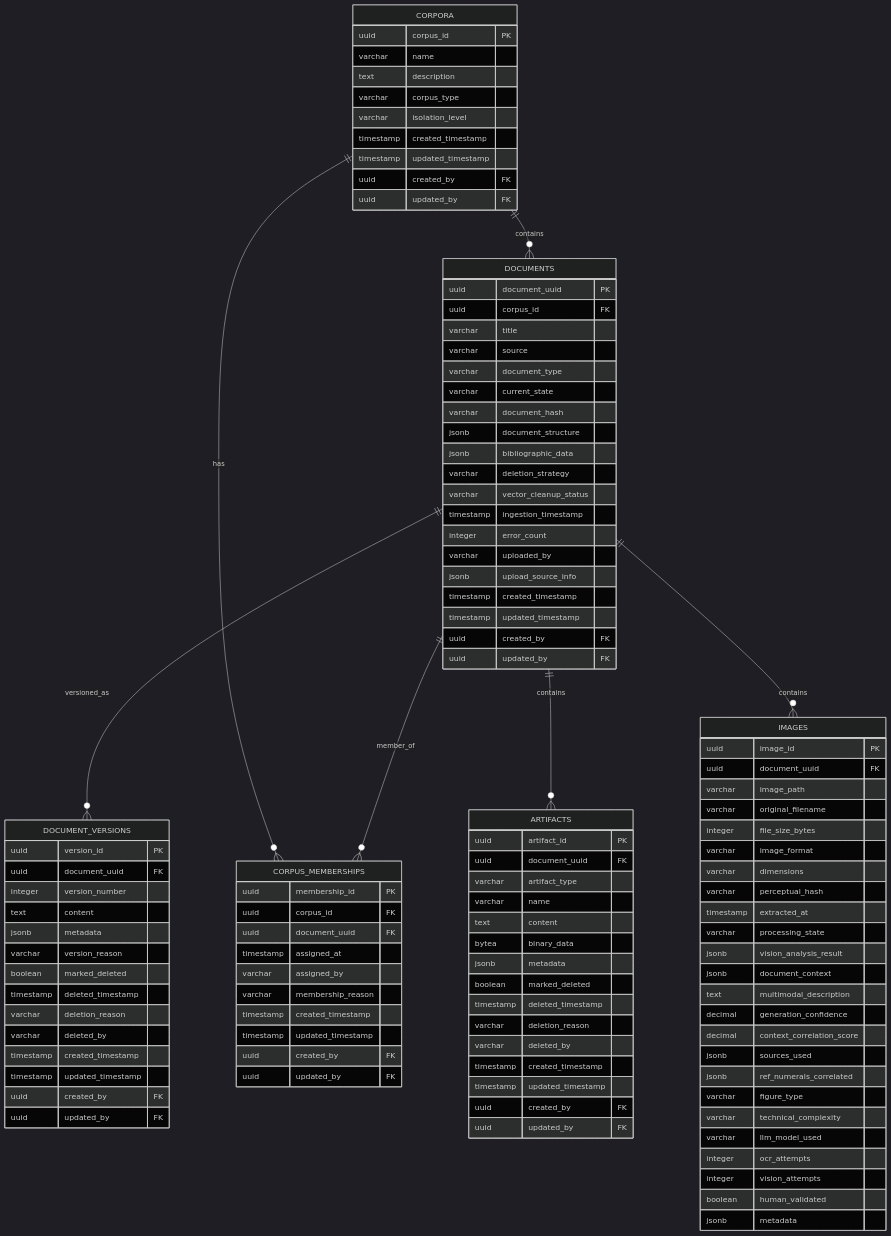
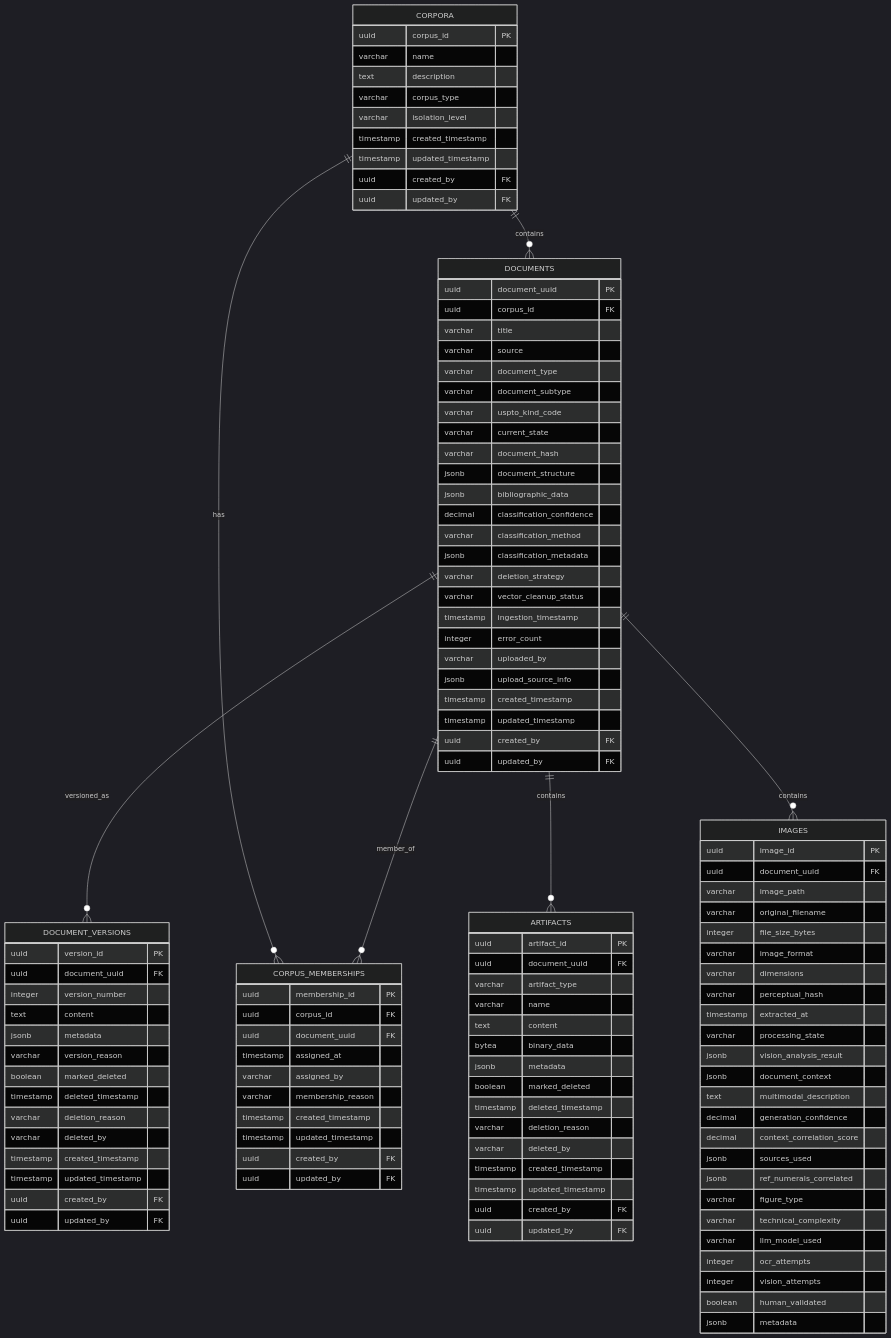
One commit to relenga/patent-research-backend changed the diagram in docs/ERDiagrams/ERDocuments.md. Above: the diagram before and after it, drawn with Mermaid (dark theme). The commit also changed other lines of this file and 18 other files, not shown here.

```diff
--- a/docs/ERDiagrams/ERDocuments.md
+++ b/docs/ERDiagrams/ERDocuments.md
@@ -28,10 +28,15 @@
         varchar title
         varchar source
         varchar document_type
+        varchar document_subtype
+        varchar uspto_kind_code
         varchar current_state
         varchar document_hash
         jsonb document_structure
         jsonb bibliographic_data
+        decimal classification_confidence
+        varchar classification_method
+        jsonb classification_metadata
         varchar deletion_strategy
         varchar vector_cleanup_status
         timestamp ingestion_timestamp
```
